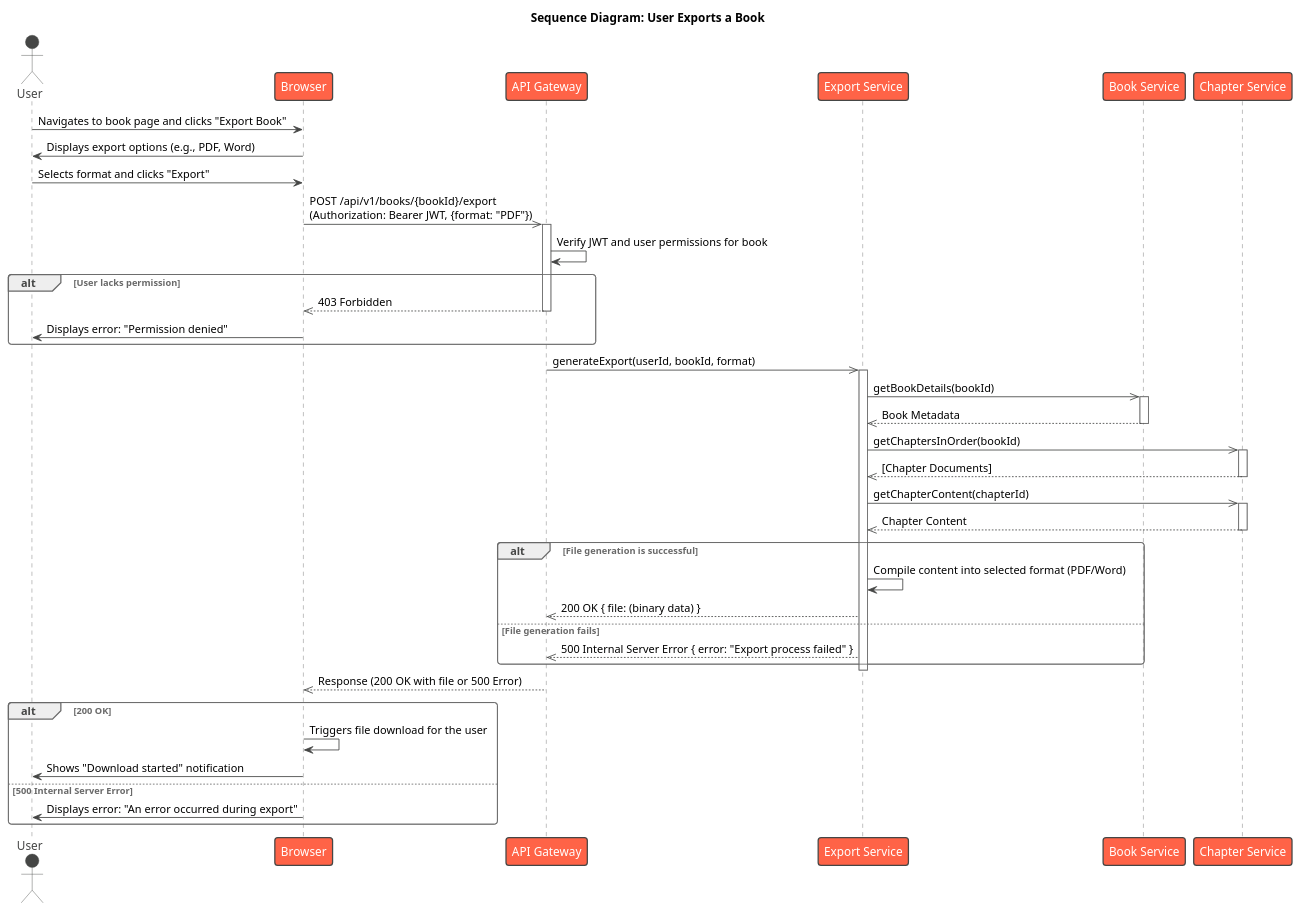
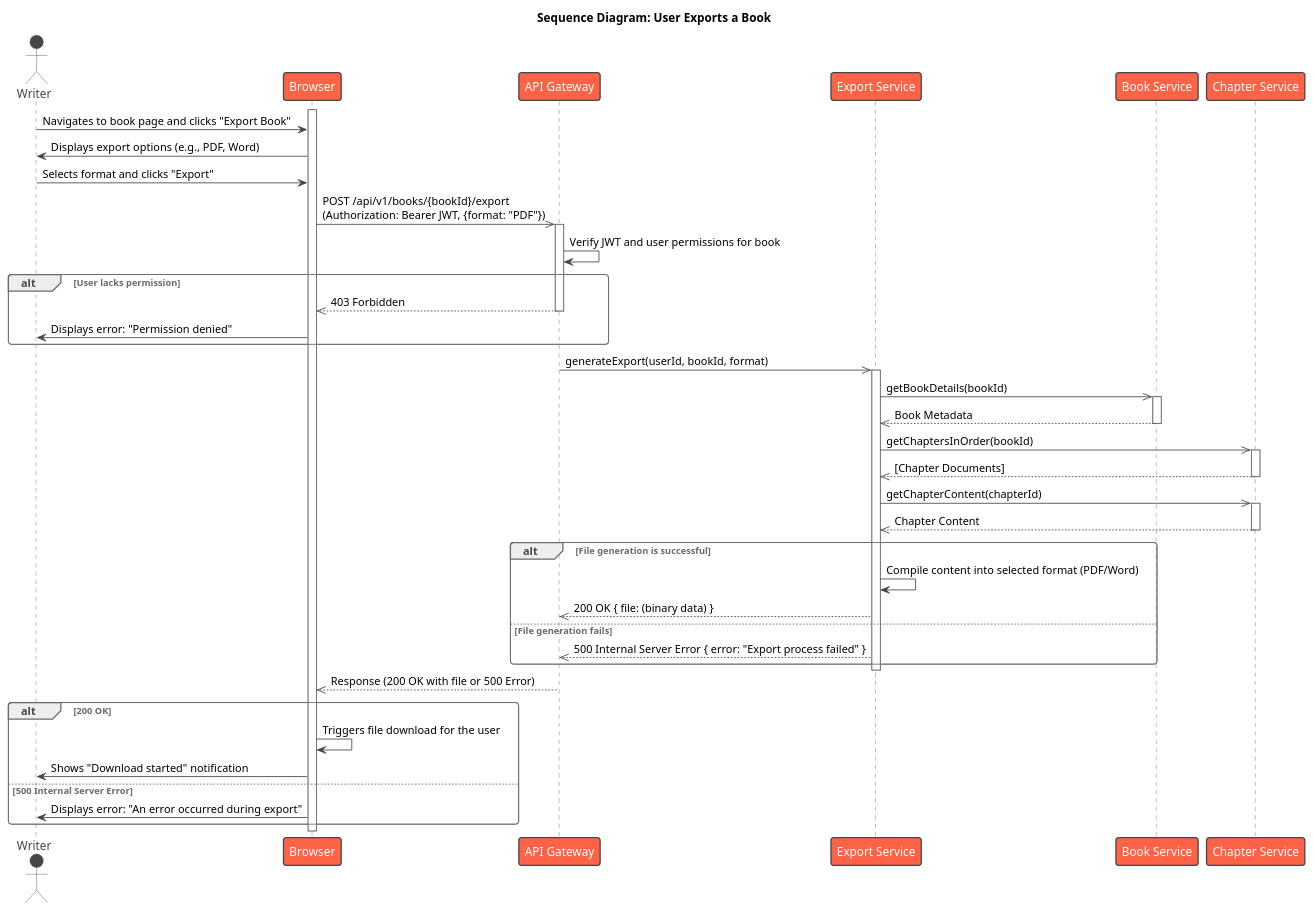
The diagram in UML/Sequences/Writer/BookExport.puml (Arado3333/PageByPage_Israel_Arad), drawn with PlantUML before and after one commit. The commit also changed 17 other files, not shown here.

Commit message:
updated diagrams

```diff
--- a/UML/Sequences/Writer/BookExport.puml
+++ b/UML/Sequences/Writer/BookExport.puml
@@ -1,67 +1,68 @@
 @startuml
 !theme vibrant
 
 title Sequence Diagram: User Exports a Book
 
-actor "User"
-participant "Browser"
+actor "Writer" as User
+participant "Browser" as Browser
 participant "API Gateway" as Gateway
 participant "Export Service" as ExportService
 participant "Book Service" as BookService
 participant "Chapter Service" as ChapterService
 
+activate Browser
 User -> Browser : Navigates to book page and clicks "Export Book"
 Browser -> User : Displays export options (e.g., PDF, Word)
 User -> Browser : Selects format and clicks "Export"
 
 Browser ->> Gateway : POST /api/v1/books/{bookId}/export\n(Authorization: Bearer JWT, {format: "PDF"})
 activate Gateway
 Gateway -> Gateway : Verify JWT and user permissions for book
 alt User lacks permission
     Gateway -->> Browser : 403 Forbidden
     deactivate Gateway
     Browser -> User : Displays error: "Permission denied"
 
 end
 
 Gateway ->> ExportService : generateExport(userId, bookId, format)
 activate ExportService
 
 ' The Export service orchestrates fetching all necessary data
 ExportService ->> BookService : getBookDetails(bookId)
 activate BookService
 BookService -->> ExportService : Book Metadata
 deactivate BookService
 
 ExportService ->> ChapterService : getChaptersInOrder(bookId)
 activate ChapterService
 ChapterService -->> ExportService : [Chapter Documents]
 deactivate ChapterService
 
 ' Note: In a real system, this would likely be a loop
 ExportService ->> ChapterService : getChapterContent(chapterId)
 activate ChapterService
 ChapterService -->> ExportService : Chapter Content
 deactivate ChapterService
 
 
 alt File generation is successful
     ExportService -> ExportService : Compile content into selected format (PDF/Word)
     ExportService -->> Gateway : 200 OK { file: (binary data) }
 else File generation fails
     ExportService -->> Gateway : 500 Internal Server Error { error: "Export process failed" }
 end
 
 deactivate ExportService
 Gateway -->> Browser : Response (200 OK with file or 500 Error)
 deactivate Gateway
 
 alt 200 OK
     Browser -> Browser : Triggers file download for the user
     Browser -> User : Shows "Download started" notification
 else 500 Internal Server Error
     Browser -> User : Displays error: "An error occurred during export"
 end
 
 
 @enduml
```
